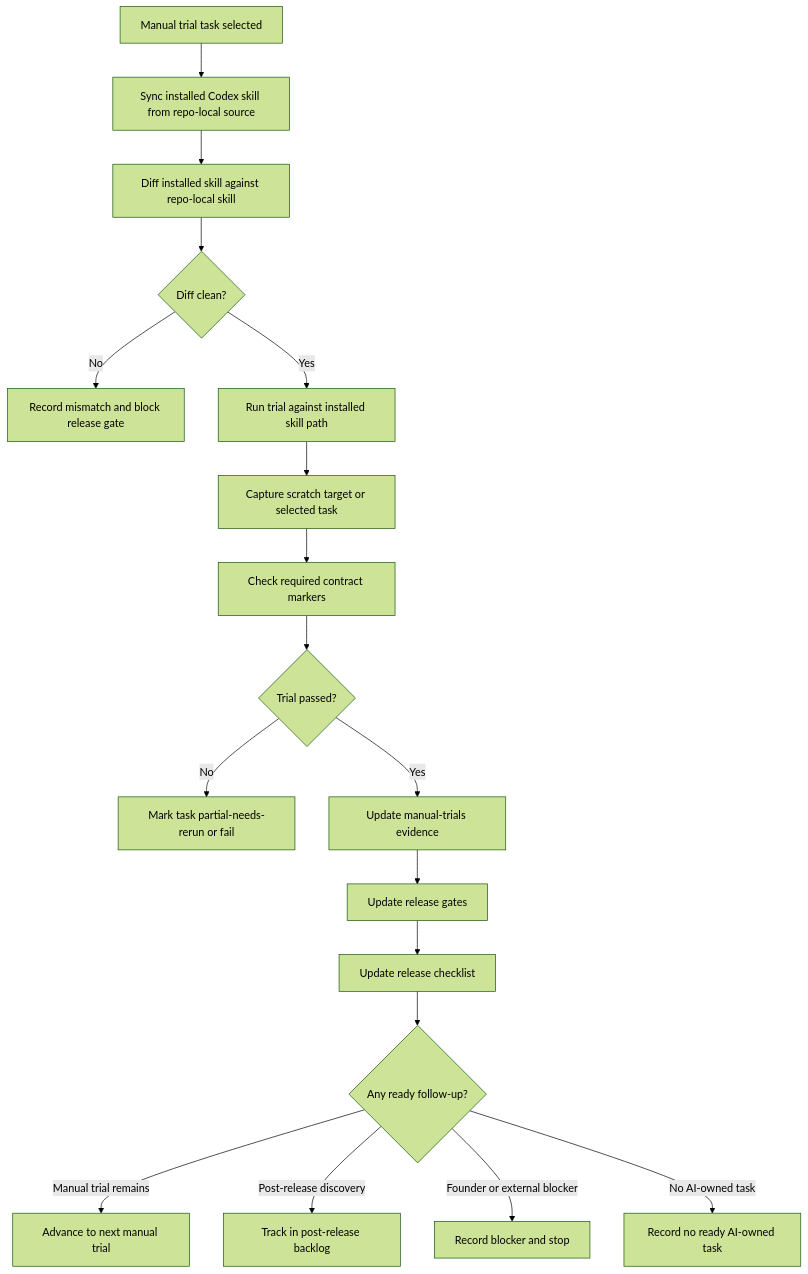
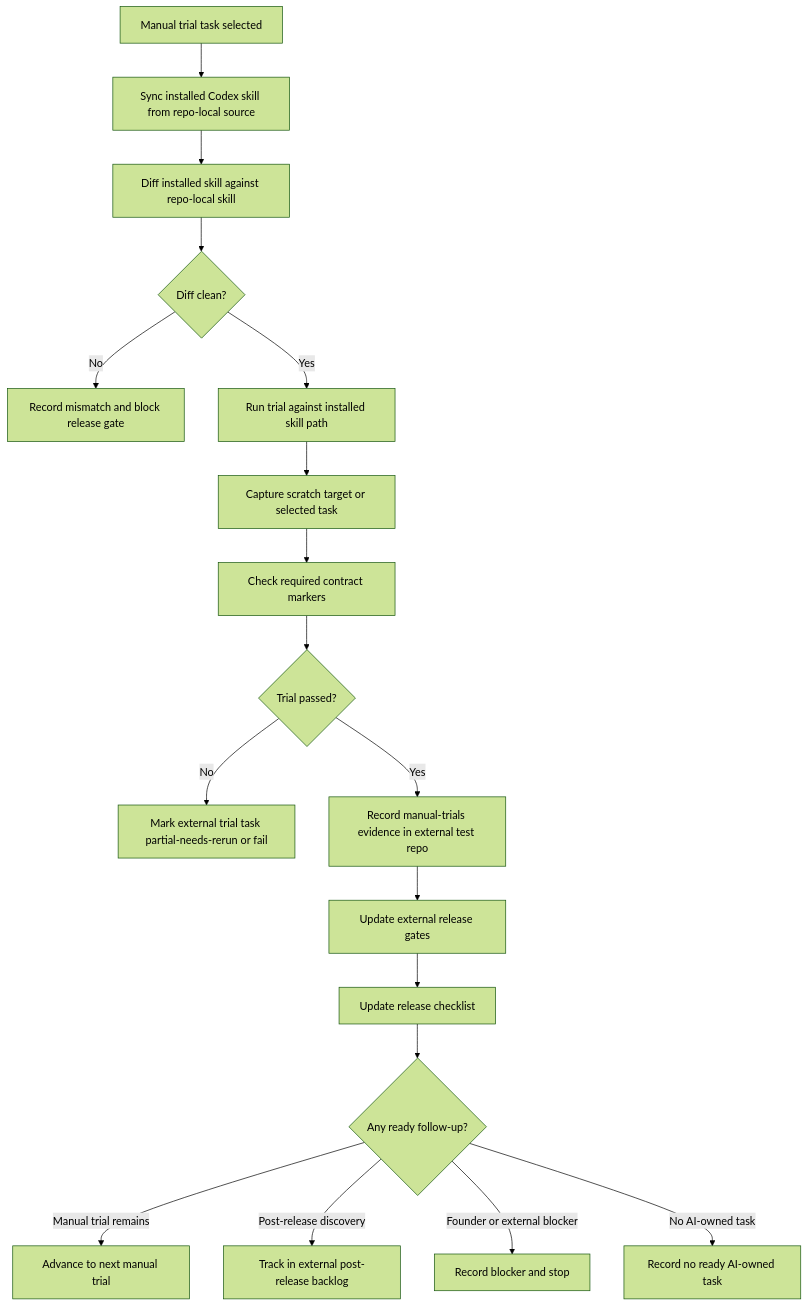
The sixth of 10 diagrams in agent-skills-flow-diagrams.md (pax-k/build-right), drawn with Mermaid (forest theme) before and after one commit. The commit also changed other lines of this file and 8 other files, not shown here.

````diff
--- a/agent-skills-flow-diagrams.md
+++ b/agent-skills-flow-diagrams.md
@@ -219,24 +221,24 @@
 ```mermaid
 flowchart TD
   A["Manual trial task selected"] --> B["Sync installed Codex skill from repo-local source"]
   B --> C["Diff installed skill against repo-local skill"]
   C --> D{"Diff clean?"}
 
   D -->|"No"| E["Record mismatch and block release gate"]
   D -->|"Yes"| F["Run trial against installed skill path"]
 
   F --> G["Capture scratch target or selected task"]
   G --> H["Check required contract markers"]
   H --> I{"Trial passed?"}
 
-  I -->|"No"| J["Mark task partial-needs-rerun or fail"]
-  I -->|"Yes"| K["Update manual-trials evidence"]
+  I -->|"No"| J["Mark external trial task partial-needs-rerun or fail"]
+  I -->|"Yes"| K["Record manual-trials evidence in external test repo"]
 
-  K --> L["Update release gates"]
+  K --> L["Update external release gates"]
   L --> M["Update release checklist"]
   M --> N{"Any ready follow-up?"}
   N -->|"Manual trial remains"| O["Advance to next manual trial"]
-  N -->|"Post-release discovery"| P["Track in post-release backlog"]
+  N -->|"Post-release discovery"| P["Track in external post-release backlog"]
   N -->|"Founder or external blocker"| Q["Record blocker and stop"]
   N -->|"No AI-owned task"| R["Record no ready AI-owned task"]
 ```
````
